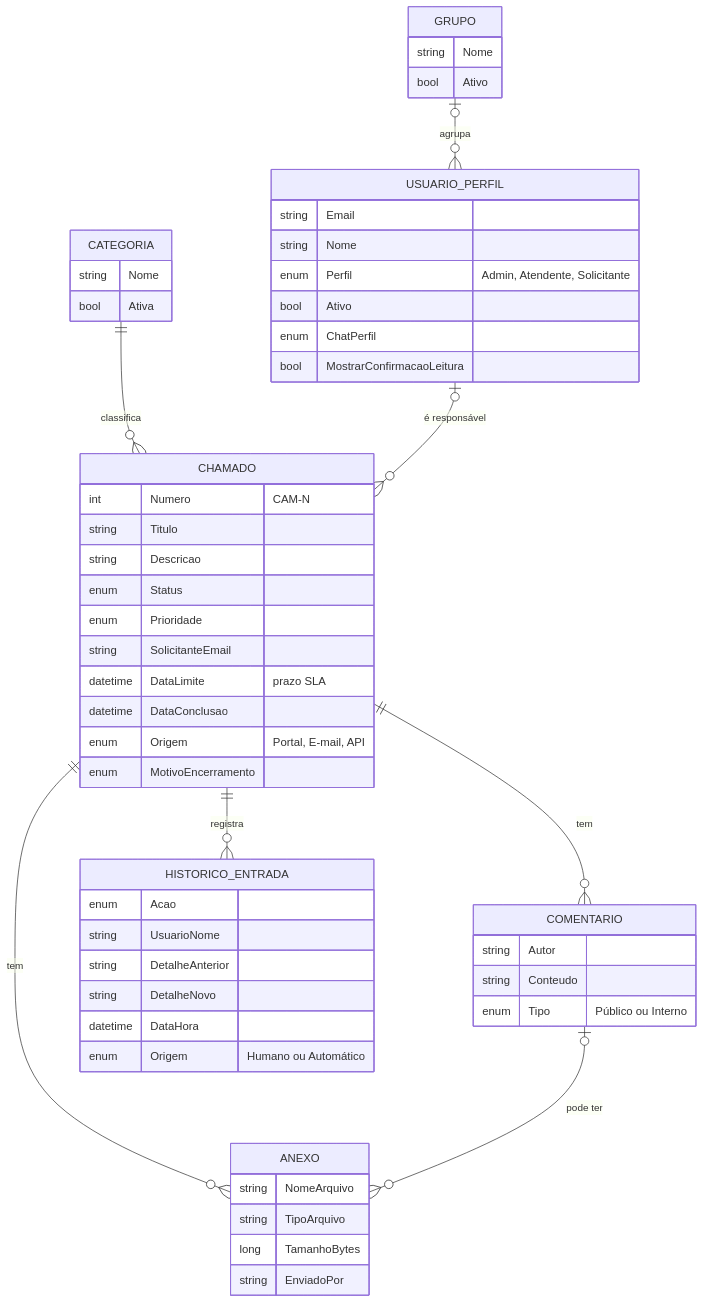
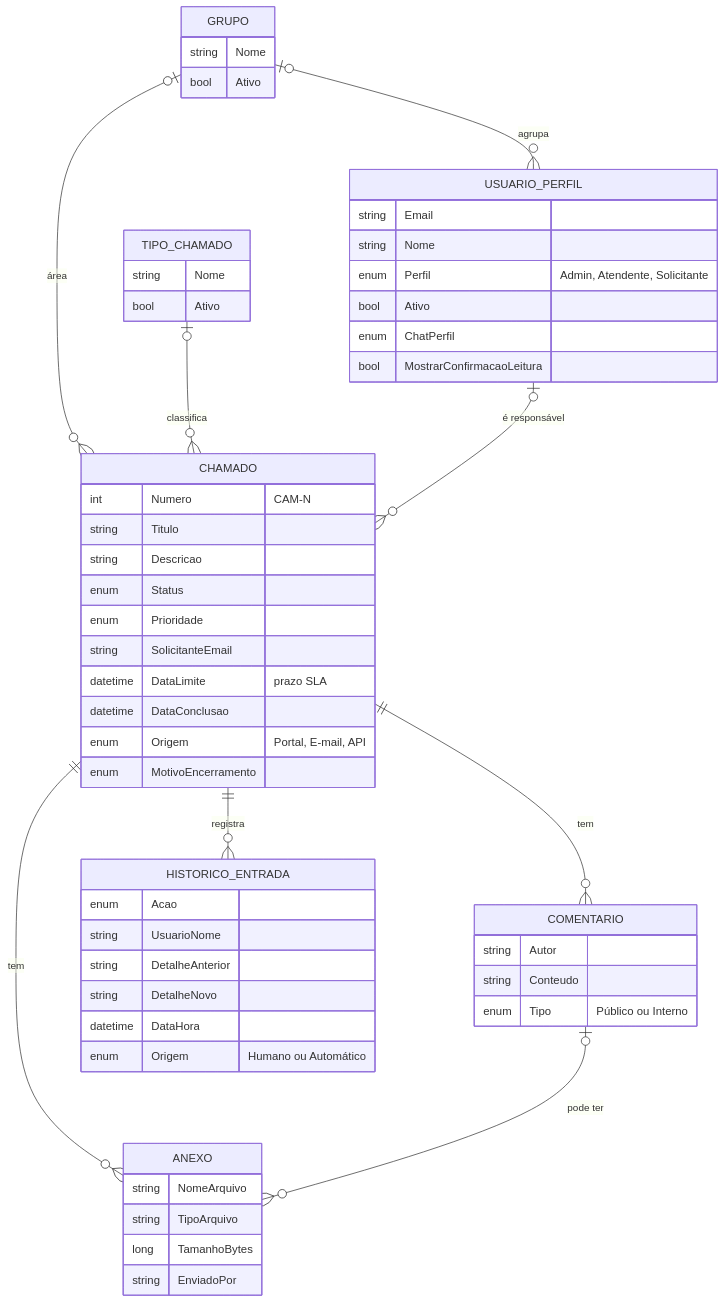
One commit to JVictorPacheco/ChamadosCamarj changed the first of 2 diagrams in docs/obsidian/30 Arquitetura/Modelo de Dados.md. Above: the diagram before and after it, drawn with Mermaid. The commit also changed other lines of this file and 13 other files, not shown here.

Commit message:
docs(obsidian): area e tipo do chamado + ADR-008

````diff
--- a/docs/obsidian/30 Arquitetura/Modelo de Dados.md
+++ b/docs/obsidian/30 Arquitetura/Modelo de Dados.md
@@ -15,58 +15,59 @@
 ```mermaid
 erDiagram
-    CATEGORIA ||--o{ CHAMADO : classifica
+    GRUPO |o--o{ CHAMADO : "área"
+    TIPO_CHAMADO |o--o{ CHAMADO : classifica
     CHAMADO ||--o{ COMENTARIO : tem
     CHAMADO ||--o{ ANEXO : tem
     COMENTARIO |o--o{ ANEXO : "pode ter"
     CHAMADO ||--o{ HISTORICO_ENTRADA : registra
     GRUPO |o--o{ USUARIO_PERFIL : agrupa
     USUARIO_PERFIL |o--o{ CHAMADO : "é responsável"
 
     CHAMADO {
         int Numero "CAM-N"
         string Titulo
         string Descricao
         enum Status
         enum Prioridade
         string SolicitanteEmail
         datetime DataLimite "prazo SLA"
         datetime DataConclusao
         enum Origem "Portal, E-mail, API"
         enum MotivoEncerramento
     }
     COMENTARIO {
         string Autor
         string Conteudo
         enum Tipo "Público ou Interno"
     }
     ANEXO {
         string NomeArquivo
         string TipoArquivo
         long TamanhoBytes
         string EnviadoPor
     }
     HISTORICO_ENTRADA {
         enum Acao
         string UsuarioNome
         string DetalheAnterior
         string DetalheNovo
         datetime DataHora
         enum Origem "Humano ou Automático"
     }
     USUARIO_PERFIL {
         string Email
         string Nome
         enum Perfil "Admin, Atendente, Solicitante"
         bool Ativo
         enum ChatPerfil
         bool MostrarConfirmacaoLeitura
     }
     GRUPO {
         string Nome
         bool Ativo
     }
-    CATEGORIA {
+    TIPO_CHAMADO {
         string Nome
-        bool Ativa
+        bool Ativo
     }
 ```
````
